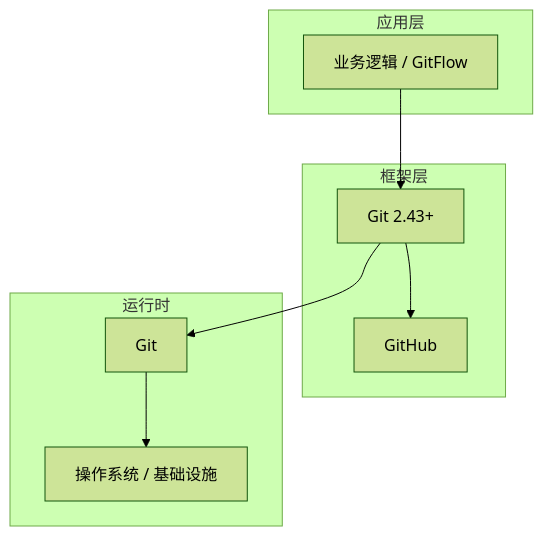
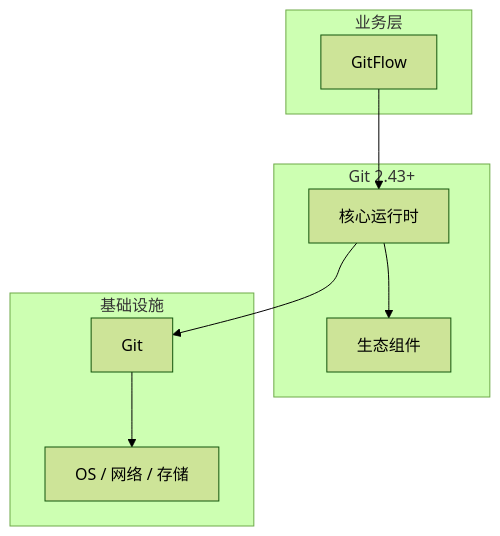
One commit to yanggan2015/knowledge-json-v2 changed the diagram in articles/Git版本控制/chapters/036-GitFlow核心概念与原理.md. Above: the diagram before and after it, drawn with Mermaid (forest theme). The commit also changed other lines of this file and 10127 other files, not shown here.

````diff
--- a/articles/Git版本控制/chapters/036-GitFlow核心概念与原理.md
+++ b/articles/Git版本控制/chapters/036-GitFlow核心概念与原理.md
@@ -45,18 +34,18 @@
 ```mermaid
 graph TB
-    subgraph 应用层
-        A[业务逻辑 / GitFlow]
+    subgraph 业务层
+        A[GitFlow]
     end
-    subgraph 框架层
-        B[Git 2.43+]
-        C[GitHub]
+    subgraph Git 2.43+
+        B[核心运行时]
+        C[生态组件]
     end
-    subgraph 运行时
+    subgraph 基础设施
         D[Git]
-        E[操作系统 / 基础设施]
+        E[OS / 网络 / 存储]
     end
     A --> B
     B --> C
     B --> D
     D --> E
 ```
````
